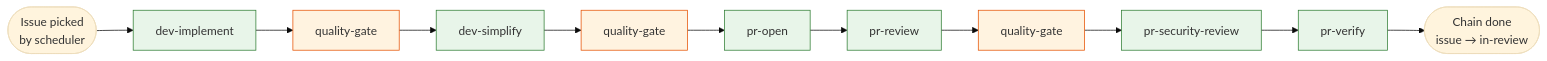
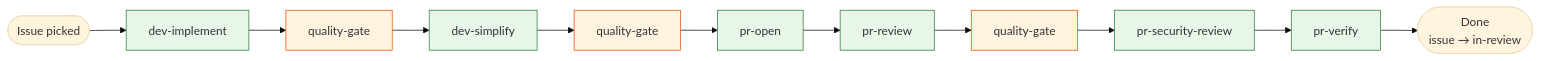
One commit to paulund/ai changed the second of 3 diagrams in docs/development-workflow.md. Above: the diagram before and after it, drawn with Mermaid (base theme). The commit also changed other lines of this file and 2 other files, not shown here.

````diff
--- a/docs/development-workflow.md
+++ b/docs/development-workflow.md
@@ -116,18 +116,18 @@
 ```mermaid
 flowchart LR
-    Start([Issue picked<br/>by scheduler]) --> S1
+    Start([Issue picked]) --> S1
     S1[dev-implement] --> S2[quality-gate]
     S2 --> S3[dev-simplify]
     S3 --> S4[quality-gate]
     S4 --> S5[pr-open]
     S5 --> S6[pr-review]
     S6 --> S7[quality-gate]
     S7 --> S8[pr-security-review]
     S8 --> S9[pr-verify]
-    S9 --> Done([Chain done<br/>issue → in-review])
+    S9 --> Done([Done<br/>issue → in-review])
 
     classDef step fill:#e8f5e9,stroke:#2e7d32
     classDef gate fill:#fff3e0,stroke:#e65100
     class S1,S3,S5,S6,S8,S9 step
     class S2,S4,S7 gate
 ```
````
